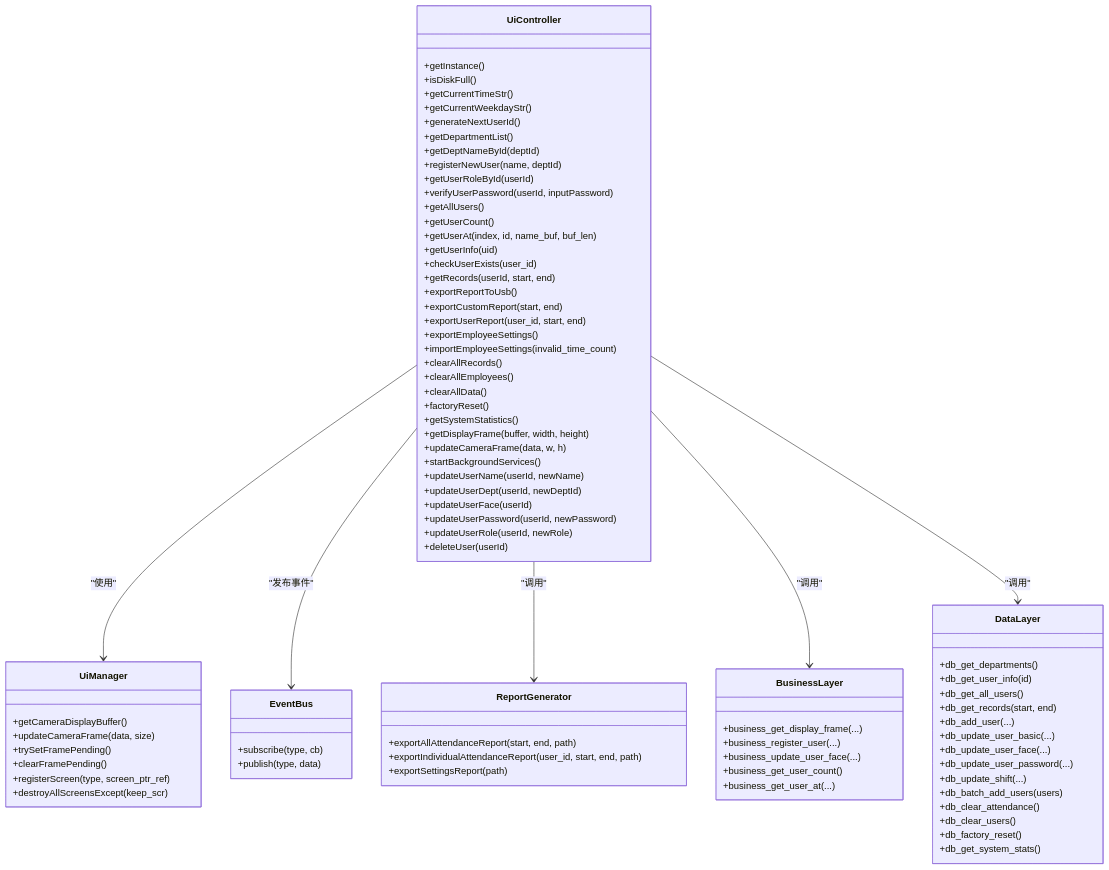
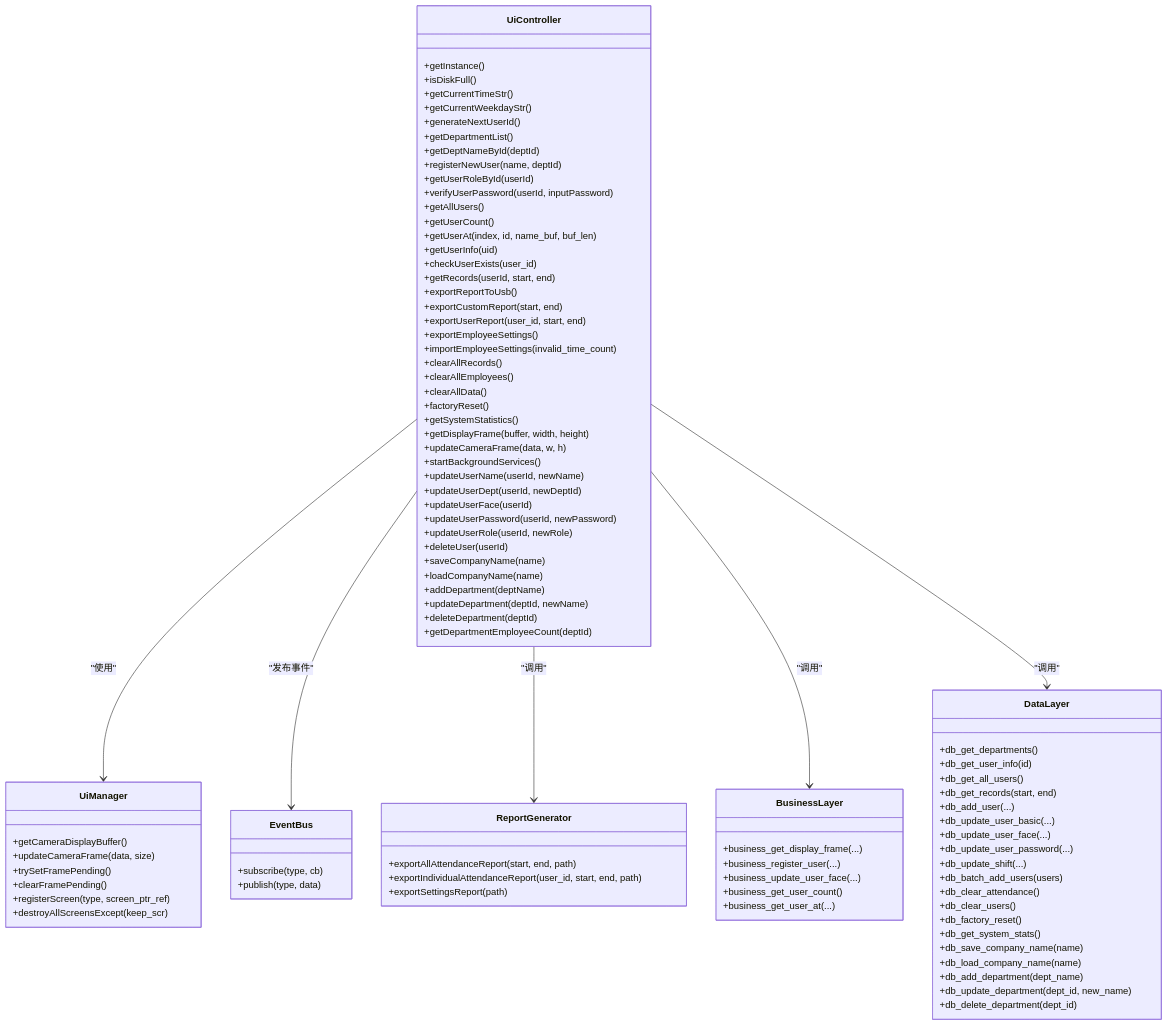
The third of 3 diagrams in .qoder/repowiki/zh/content/API接口参考/UI层API接口.md (Drunk552/SmartAttendance), drawn with Mermaid before and after one commit. The commit also changed other lines of this file and 26 other files, not shown here.

```diff
--- a/.qoder/repowiki/zh/content/API接口参考/UI层API接口.md
+++ b/.qoder/repowiki/zh/content/API接口参考/UI层API接口.md
@@ -474,6 +571,12 @@
 +updateUserPassword(userId, newPassword)
 +updateUserRole(userId, newRole)
 +deleteUser(userId)
++saveCompanyName(name)
++loadCompanyName(name)
++addDepartment(deptName)
++updateDepartment(deptId, newName)
++deleteDepartment(deptId)
++getDepartmentEmployeeCount(deptId)
 }
 class UiManager {
 +getCameraDisplayBuffer()
@@ -514,6 +617,11 @@
 +db_clear_users()
 +db_factory_reset()
 +db_get_system_stats()
++db_save_company_name(name)
++db_load_company_name(name)
++db_add_department(dept_name)
++db_update_department(dept_id, new_name)
++db_delete_department(dept_id)
 }
 UiController --> UiManager : "使用"
 UiController --> EventBus : "发布事件"
```
